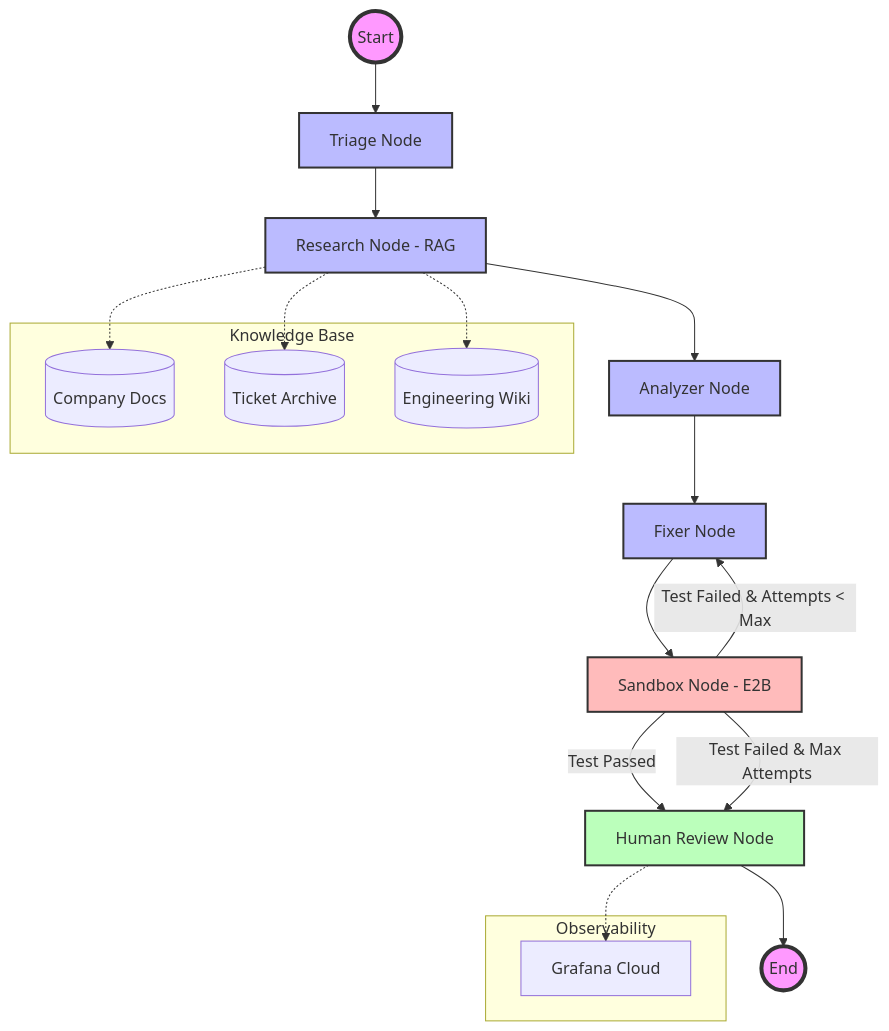
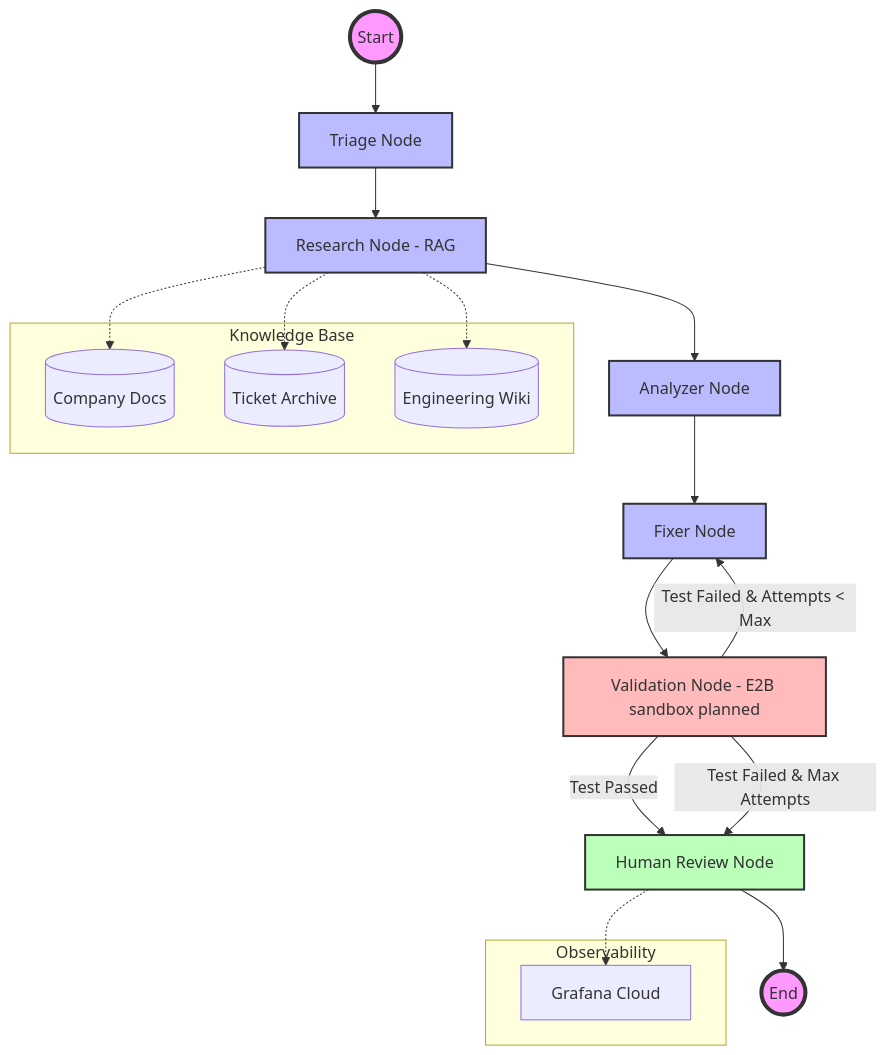
One commit to MuhammadAbbas01/Self_Healing_Customer_support_agent changed the diagram in docs/architecture_v2.mmd. Above: the diagram before and after it, drawn with Mermaid. The commit also changed 3 other files, not shown here.

Commit message:
Fix Mermaid END keyword in docs diagrams, clarify validation stage wording, add secret/startup probe/memory to K8s deployment

```diff
--- a/docs/architecture_v2.mmd
+++ b/docs/architecture_v2.mmd
@@ -1,35 +1,35 @@
 graph TD
     START((Start)) --> TRIAGE[Triage Node]
     TRIAGE --> RESEARCH[Research Node - RAG]
     RESEARCH --> ANALYZER[Analyzer Node]
     ANALYZER --> FIXER[Fixer Node]
-    FIXER --> SANDBOX[Sandbox Node - E2B]
+    FIXER --> SANDBOX[Validation Node - E2B sandbox planned]
     SANDBOX -- "Test Passed" --> HUMAN_REVIEW[Human Review Node]
     SANDBOX -- "Test Failed & Attempts < Max" --> FIXER
     SANDBOX -- "Test Failed & Max Attempts" --> HUMAN_REVIEW
-    HUMAN_REVIEW --> END((End))
+    HUMAN_REVIEW --> FINISH((End))
 
     subgraph "Knowledge Base"
         DOCS[(Company Docs)]
         TICKETS[(Ticket Archive)]
         WIKI[(Engineering Wiki)]
     end
 
     RESEARCH -.-> DOCS
     RESEARCH -.-> TICKETS
     RESEARCH -.-> WIKI
 
     subgraph "Observability"
         GRAFANA[Grafana Cloud]
     end
 
     HUMAN_REVIEW -.-> GRAFANA
 
     style START fill:#f9f,stroke:#333,stroke-width:4px
-    style END fill:#f9f,stroke:#333,stroke-width:4px
+    style FINISH fill:#f9f,stroke:#333,stroke-width:4px
     style TRIAGE fill:#bbf,stroke:#333,stroke-width:2px
     style RESEARCH fill:#bbf,stroke:#333,stroke-width:2px
     style ANALYZER fill:#bbf,stroke:#333,stroke-width:2px
     style FIXER fill:#bbf,stroke:#333,stroke-width:2px
     style SANDBOX fill:#fbb,stroke:#333,stroke-width:2px
     style HUMAN_REVIEW fill:#bfb,stroke:#333,stroke-width:2px
```
